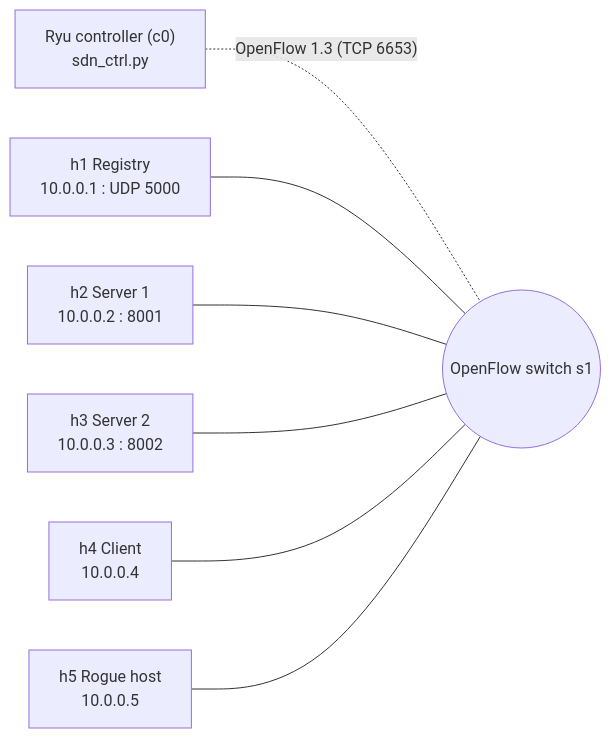
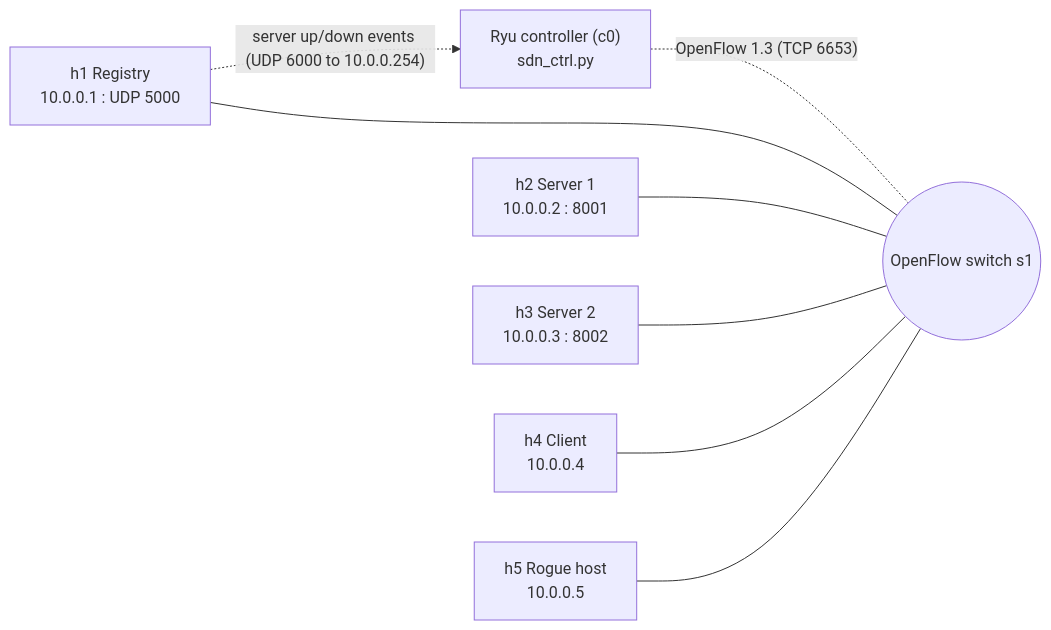
The first of 2 diagrams in docs/architecture.md (Prathyath/udp-service-discovery-system), drawn with Mermaid before and after one commit. The commit also changed other lines of this file and 1 other file, not shown here.

Commit message:
Add README with setup, run steps and test cases; update architecture doc

````diff
--- a/docs/architecture.md
+++ b/docs/architecture.md
@@ -22,16 +22,17 @@
 ```mermaid
 flowchart LR
     C0["Ryu controller (c0)<br/>sdn_ctrl.py"]
     S1(("OpenFlow switch s1"))
     H1["h1 Registry<br/>10.0.0.1 : UDP 5000"]
     H2["h2 Server 1<br/>10.0.0.2 : 8001"]
     H3["h3 Server 2<br/>10.0.0.3 : 8002"]
     H4["h4 Client<br/>10.0.0.4"]
     H5["h5 Rogue host<br/>10.0.0.5"]
     C0 -. "OpenFlow 1.3 (TCP 6653)" .- S1
+    H1 -. "server up/down events (UDP 6000 to 10.0.0.254)" .-> C0
     H1 --- S1
     H2 --- S1
     H3 --- S1
     H4 --- S1
     H5 --- S1
 ```
````
